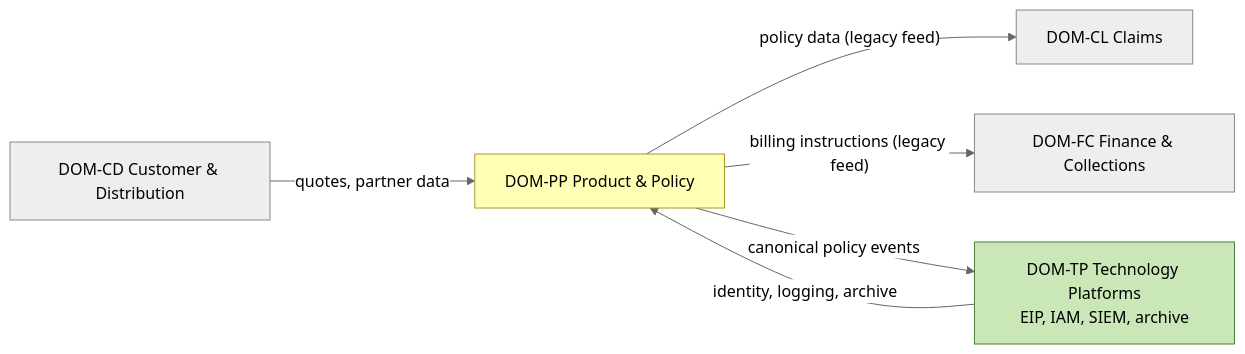
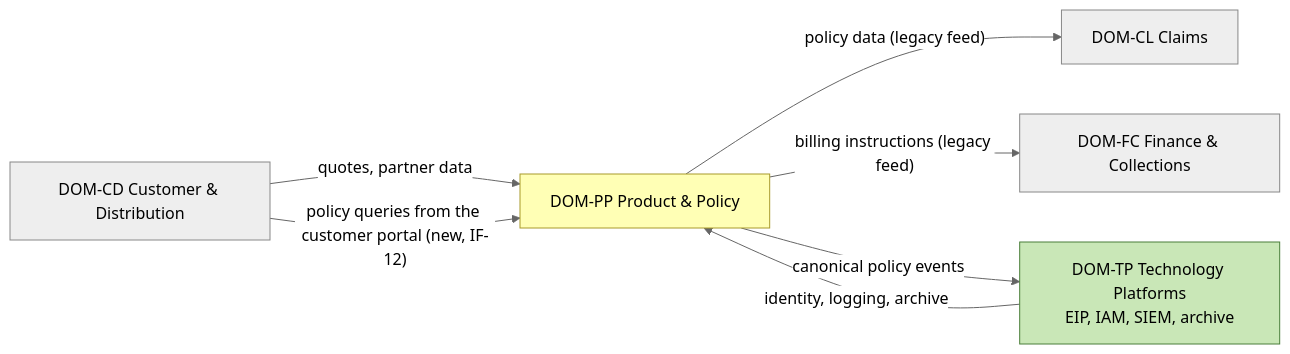
One commit to ArthurNeudeck/neudeck.gihub.io changed the second of 5 diagrams in docs/architecture/blueprints/example/02-domain-blueprint-product-policy.md. Above: the diagram before and after it, drawn with Mermaid (neutral theme). The commit also changed other lines of this file and 23 other files, not shown here.

First line of the commit message:
Extend example with customer portal and document enhancing target pictures

````diff
--- a/docs/architecture/blueprints/example/02-domain-blueprint-product-policy.md
+++ b/docs/architecture/blueprints/example/02-domain-blueprint-product-policy.md
@@ -71,23 +71,24 @@
 ```mermaid
 flowchart LR
   PP["DOM-PP Product & Policy"]:::biz
   CD["DOM-CD Customer & Distribution"]:::ext
   CL["DOM-CL Claims"]:::ext
   FC["DOM-FC Finance & Collections"]:::ext
   TP["DOM-TP Technology Platforms<br/>EIP, IAM, SIEM, archive"]:::tech
   CD -->|"quotes, partner data"| PP
+  CD -->|"policy queries from the customer portal (new, IF-12)"| PP
   PP -->|"policy data (legacy feed)"| CL
   PP -->|"billing instructions (legacy feed)"| FC
   PP -->|"canonical policy events"| TP
   TP -->|"identity, logging, archive"| PP
   classDef app fill:#b5ffff,stroke:#2a7f8f,color:#000
   classDef biz fill:#ffffb5,stroke:#a89a2b,color:#000
   classDef tech fill:#c9e7b7,stroke:#4b7f3a,color:#000
   classDef ext fill:#eeeeee,stroke:#888,color:#000
   classDef red fill:#f5a3a3,stroke:#b03030,color:#000
   classDef amber fill:#ffd591,stroke:#c98a00,color:#000
   classDef green fill:#b7e4b0,stroke:#3c8a32,color:#000
   classDef temp fill:#ffffff,stroke:#888,stroke-dasharray:5 5,color:#000
   classDef legacy fill:#dddddd,stroke:#777,color:#444
   classDef new fill:#b5ffff,stroke:#1d6fa5,stroke-width:3px,color:#000
 ```
````
